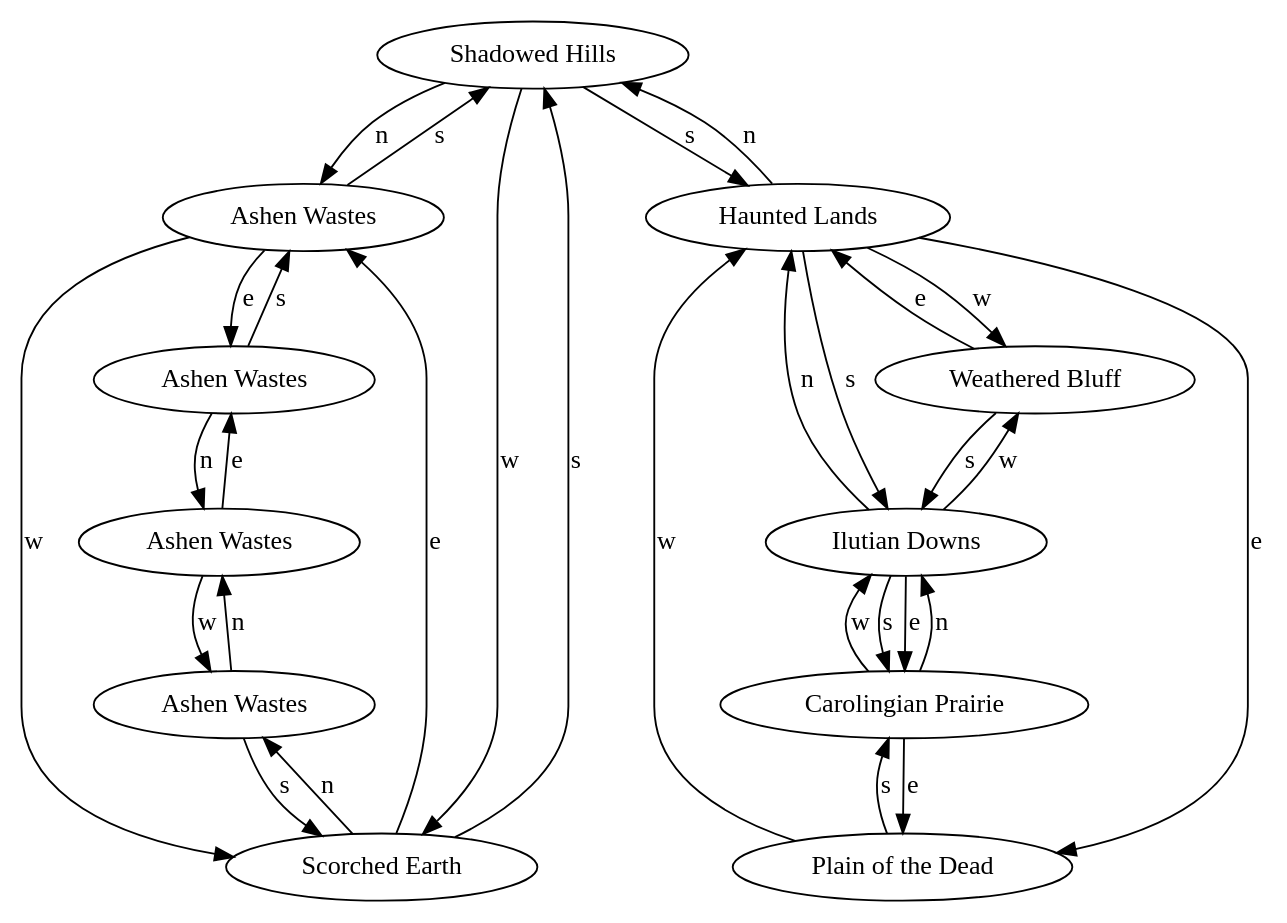
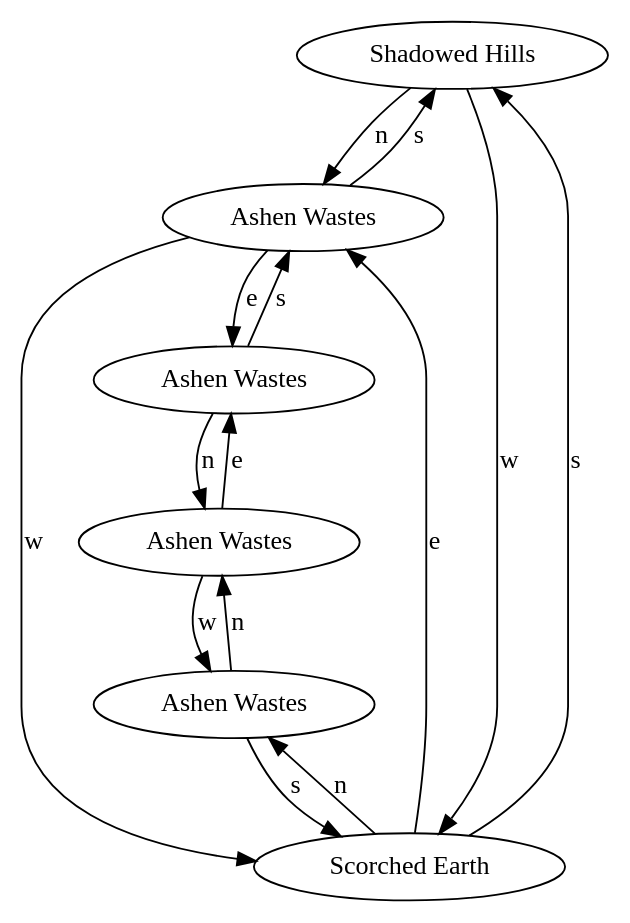
One commit to mcglincy/monster changed the diagram in utils/maps/dot/ashen_wastes.dot. Above: the diagram before and after it, drawn with Graphviz. The commit also changed 24 other files, not shown here.

```diff
--- a/utils/maps/dot/ashen_wastes.dot
+++ b/utils/maps/dot/ashen_wastes.dot
@@ -1,43 +1,22 @@
 digraph monster {
 room_81 [label="Shadowed Hills"];
 room_81 -> room_208 [label="n"];
-room_81 -> room_439 [label="s"];
 room_81 -> room_207 [label="w"];
 room_207 [label="Scorched Earth"];
 room_207 -> room_209 [label="n"];
 room_207 -> room_81 [label="s"];
 room_207 -> room_208 [label="e"];
 room_208 [label="Ashen Wastes"];
 room_208 -> room_81 [label="s"];
 room_208 -> room_210 [label="e"];
 room_208 -> room_207 [label="w"];
 room_209 [label="Ashen Wastes"];
 room_209 -> room_211 [label="n"];
 room_209 -> room_207 [label="s"];
 room_210 [label="Ashen Wastes"];
 room_210 -> room_211 [label="n"];
 room_210 -> room_208 [label="s"];
 room_211 [label="Ashen Wastes"];
 room_211 -> room_210 [label="e"];
 room_211 -> room_209 [label="w"];
-room_439 [label="Haunted Lands"];
-room_439 -> room_81 [label="n"];
-room_439 -> room_444 [label="s"];
-room_439 -> room_440 [label="e"];
-room_439 -> room_443 [label="w"];
-room_440 [label="Plain of the Dead"];
-room_440 -> room_445 [label="s"];
-room_440 -> room_439 [label="w"];
-room_443 [label="Weathered Bluff"];
-room_443 -> room_444 [label="s"];
-room_443 -> room_439 [label="e"];
-room_444 [label="Ilutian Downs"];
-room_444 -> room_439 [label="n"];
-room_444 -> room_445 [label="s"];
-room_444 -> room_445 [label="e"];
-room_444 -> room_443 [label="w"];
-room_445 [label="Carolingian Prairie"];
-room_445 -> room_444 [label="n"];
-room_445 -> room_440 [label="e"];
-room_445 -> room_444 [label="w"];
 }
```
